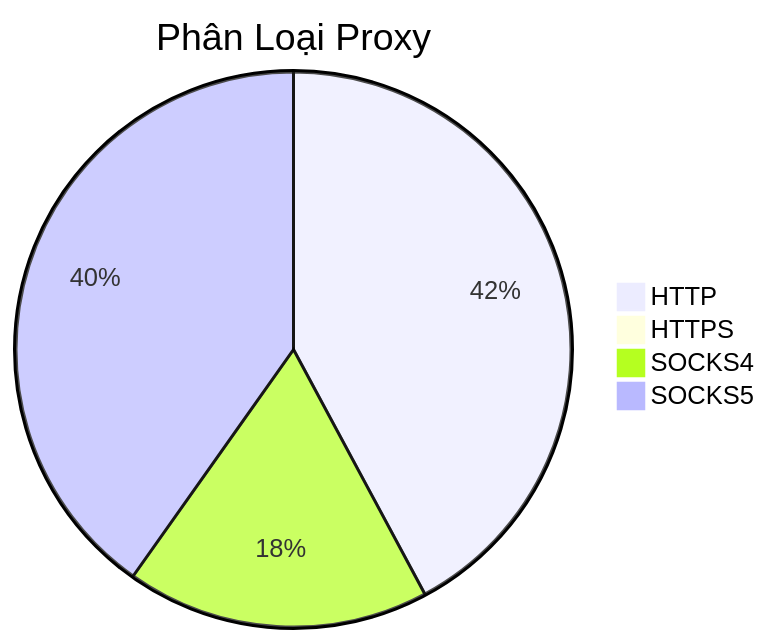
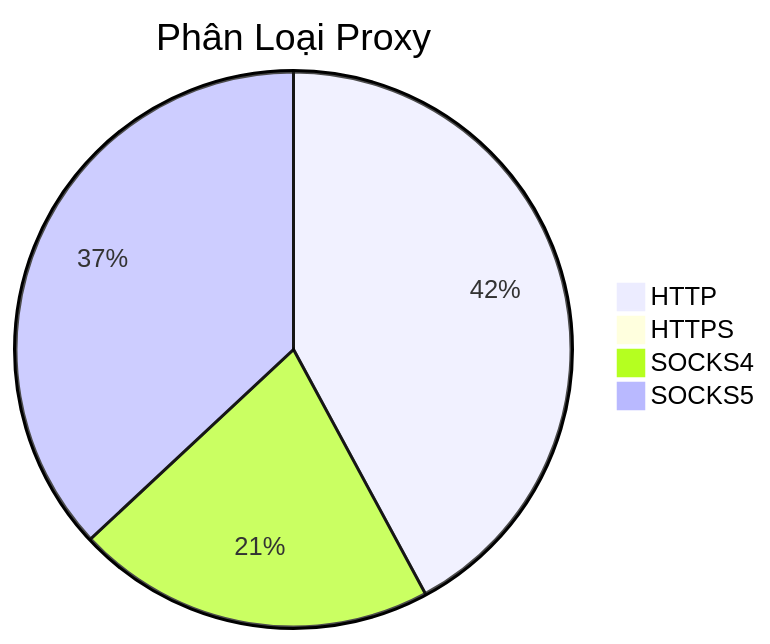
One commit to Ciara-12/PROXY-free changed the diagram in README.md. Above: the diagram before and after it, drawn with Mermaid. The commit also changed other lines of this file and 4 other files, not shown here.

````diff
--- a/README.md
+++ b/README.md
@@ -26,7 +26,7 @@
 ```mermaid
 pie title Phân Loại Proxy
-    "HTTP" : 301
-    "HTTPS" : 3
-    "SOCKS4" : 126
-    "SOCKS5" : 287
+    "HTTP" : 310
+    "HTTPS" : 5
+    "SOCKS4" : 154
+    "SOCKS5" : 272
 ```
````
